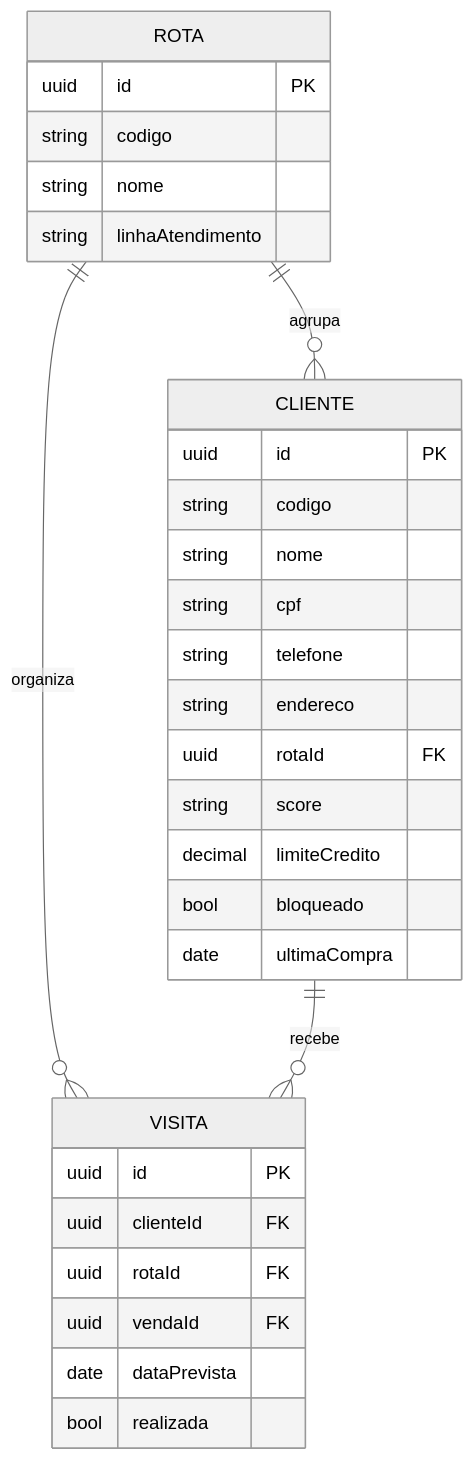
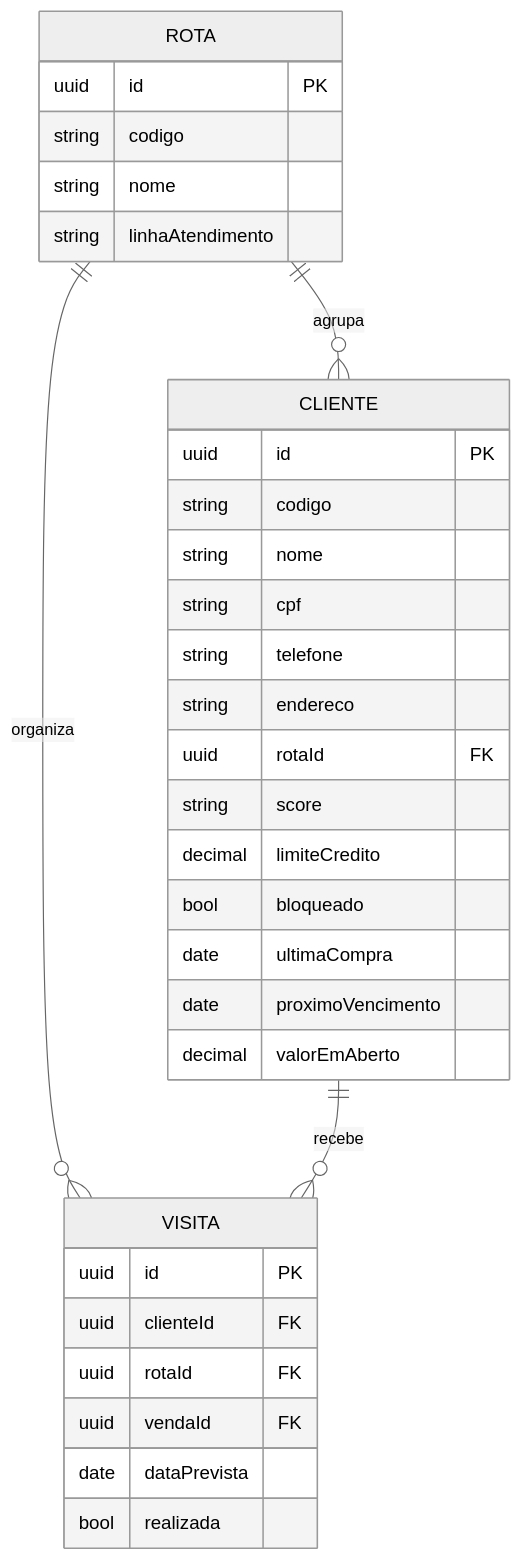
The second of 4 diagrams in docs/modelo-logico.md (ThiagoErik55/cesta_basica_lopez_mobile), drawn with Mermaid (neutral theme) before and after one commit. The commit also changed other lines of this file, not shown here.

````diff
--- a/docs/modelo-logico.md
+++ b/docs/modelo-logico.md
@@ -129,34 +149,36 @@
 ```mermaid
 erDiagram
   ROTA ||--o{ CLIENTE : agrupa
   ROTA ||--o{ VISITA : organiza
   CLIENTE ||--o{ VISITA : recebe
 
   ROTA {
     uuid id PK
     string codigo
     string nome
     string linhaAtendimento
   }
   CLIENTE {
     uuid id PK
     string codigo
     string nome
     string cpf
     string telefone
     string endereco
     uuid rotaId FK
     string score
     decimal limiteCredito
     bool bloqueado
     date ultimaCompra
+    date proximoVencimento
+    decimal valorEmAberto
   }
   VISITA {
     uuid id PK
     uuid clienteId FK
     uuid rotaId FK
     uuid vendaId FK
     date dataPrevista
     bool realizada
   }
 ```
````
